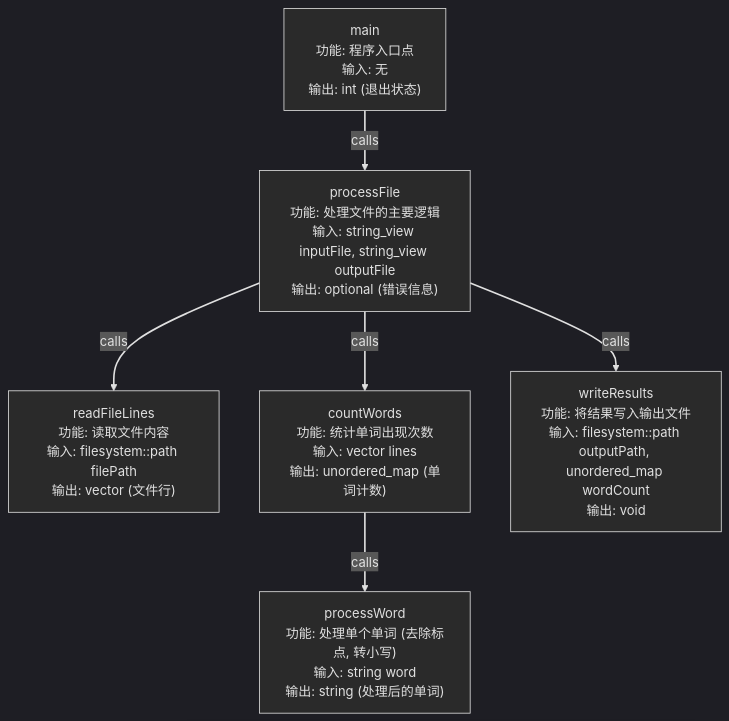
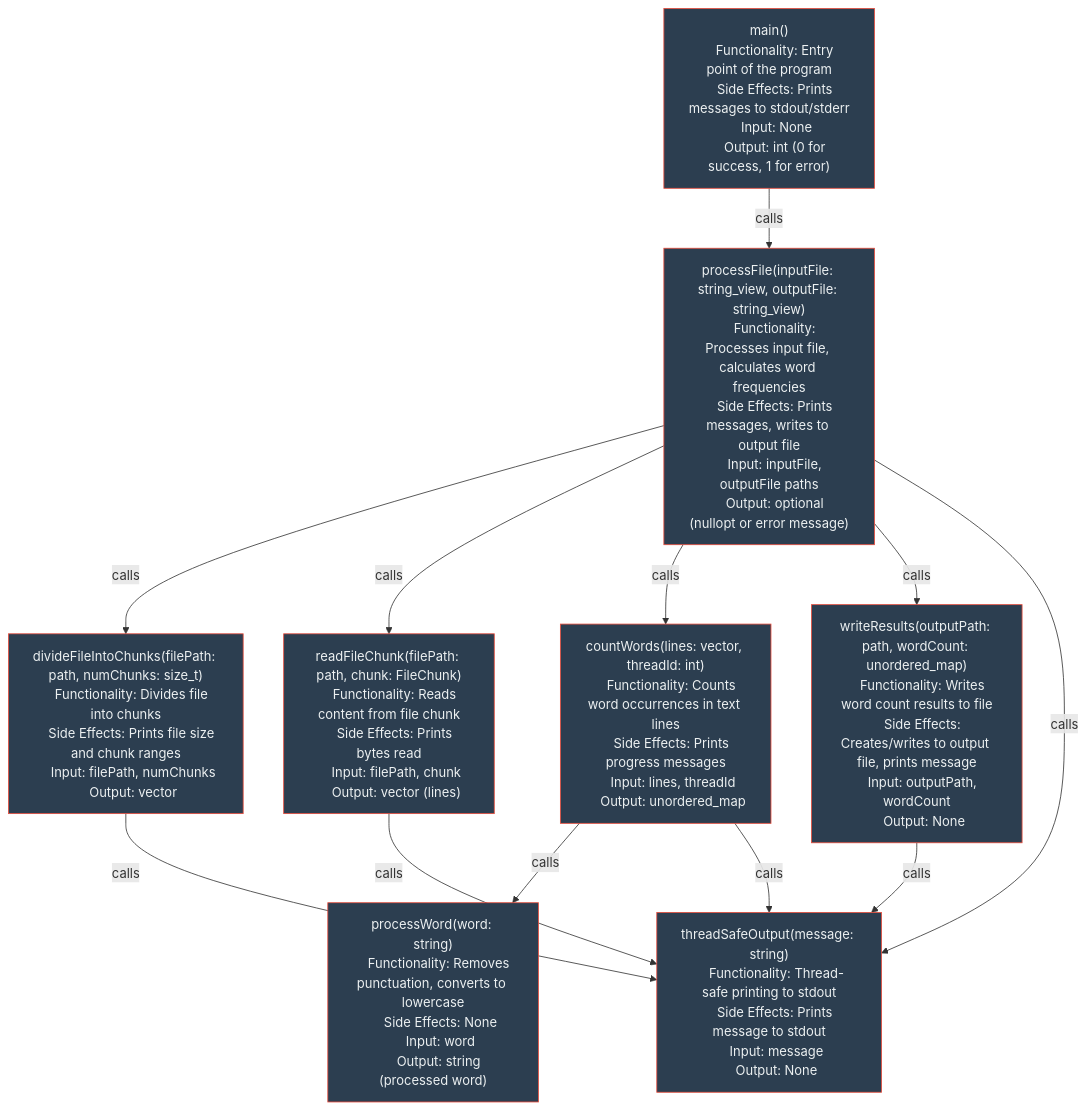
The diagram in word_count_cpp/README.md (wubin28/wuzhenbens_playground), drawn with Mermaid before and after one commit. The commit also changed other lines of this file, not shown here.

Commit message:
docs:word_count_cpp: update function call diagram and add API documentation

````diff
--- a/word_count_cpp/README.md
+++ b/word_count_cpp/README.md
@@ -7,43 +7,64 @@
 ```mermaid
-%%{init: {'theme': 'dark', 'themeVariables': { 'primaryColor': '#e0e0e0', 'textColor': '#e0e0e0', 'lineColor': '#e0e0e0'}}}%%
-graph TD
-    classDef default fill:#2a2a2a,stroke:#e0e0e0,color:#e0e0e0;
+flowchart TD
+    classDef default fill:#2C3E50,stroke:#E74C3C,color:#ECF0F1;
 
-    A[main] -->|calls| B(processFile)
-    B -->|calls| C(readFileLines)
-    B -->|calls| D(countWords)
-    B -->|calls| E(writeResults)
-    D -->|calls| F(processWord)
+    main["main()
+    Functionality: Entry point of the program
+    Side Effects: Prints messages to stdout/stderr
+    Input: None
+    Output: int (0 for success, 1 for error)"]
 
-    A["main
-    功能: 程序入口点
-输入: 无
-输出: int (退出状态)"]
+    processFile["processFile(inputFile: string_view, outputFile: string_view)
+    Functionality: Processes input file, calculates word frequencies
+    Side Effects: Prints messages, writes to output file
+    Input: inputFile, outputFile paths
+    Output: optional<string> (nullopt or error message)"]
 
-    B["processFile
-功能: 处理文件的主要逻辑
-输入: string_view inputFile, string_view outputFile
-输出: optional<string> (错误信息)"]
+    divideFileIntoChunks["divideFileIntoChunks(filePath: path, numChunks: size_t)
+    Functionality: Divides file into chunks
+    Side Effects: Prints file size and chunk ranges
+    Input: filePath, numChunks
+    Output: vector<FileChunk>"]
 
-    C["readFileLines
-功能: 读取文件内容
-输入: filesystem::path filePath
-输出: vector<string> (文件行)"]
+    readFileChunk["readFileChunk(filePath: path, chunk: FileChunk)
+    Functionality: Reads content from file chunk
+    Side Effects: Prints bytes read
+    Input: filePath, chunk
+    Output: vector<string> (lines)"]
 
-    D["countWords
-功能: 统计单词出现次数
-输入: vector<string> lines
-输出: unordered_map<string, size_t> (单词计数)"]
+    countWords["countWords(lines: vector<string>, threadId: int)
+    Functionality: Counts word occurrences in text lines
+    Side Effects: Prints progress messages
+    Input: lines, threadId
+    Output: unordered_map<string, size_t>"]
 
-    E["writeResults
-功能: 将结果写入输出文件
-输入: filesystem::path outputPath, unordered_map<string, size_t> wordCount
-输出: void"]
+    processWord["processWord(word: string)
+    Functionality: Removes punctuation, converts to lowercase
+    Side Effects: None
+    Input: word
+    Output: string (processed word)"]
 
-    F["processWord
-功能: 处理单个单词 (去除标点, 转小写)
-输入: string word
-输出: string (处理后的单词)"]
+    writeResults["writeResults(outputPath: path, wordCount: unordered_map<string, size_t>)
+    Functionality: Writes word count results to file
+    Side Effects: Creates/writes to output file, prints message
+    Input: outputPath, wordCount
+    Output: None"]
 
-    linkStyle default stroke:#e0e0e0,stroke-width:2px
+    threadSafeOutput["threadSafeOutput(message: string)
+    Functionality: Thread-safe printing to stdout
+    Side Effects: Prints message to stdout
+    Input: message
+    Output: None"]
+
+    main -->|calls| processFile
+    processFile -->|calls| divideFileIntoChunks
+    processFile -->|calls| readFileChunk
+    processFile -->|calls| countWords
+    processFile -->|calls| writeResults
+    processFile -->|calls| threadSafeOutput
+    countWords -->|calls| processWord
+    countWords -->|calls| threadSafeOutput
+    divideFileIntoChunks -->|calls| threadSafeOutput
+    readFileChunk -->|calls| threadSafeOutput
+    writeResults -->|calls| threadSafeOutput
 ```
````
